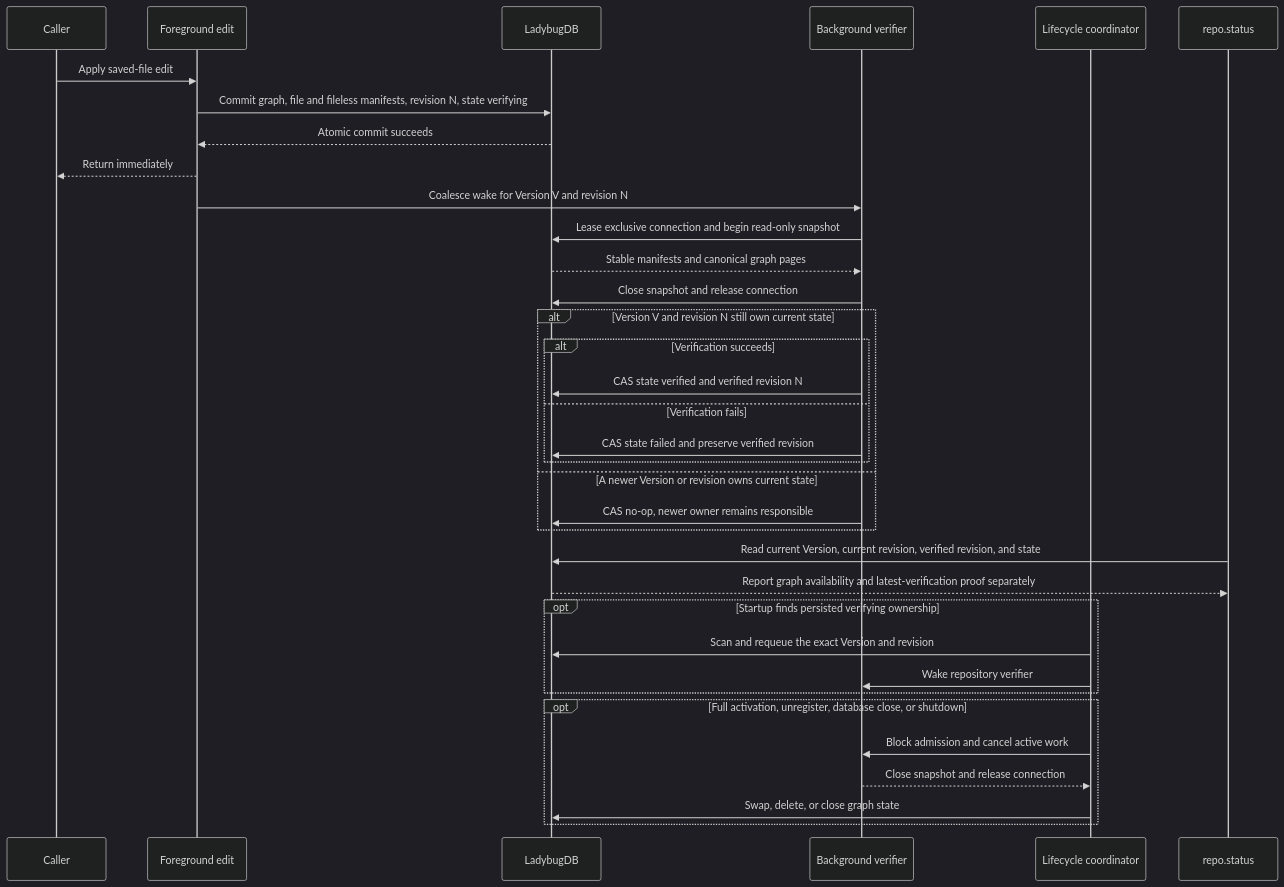
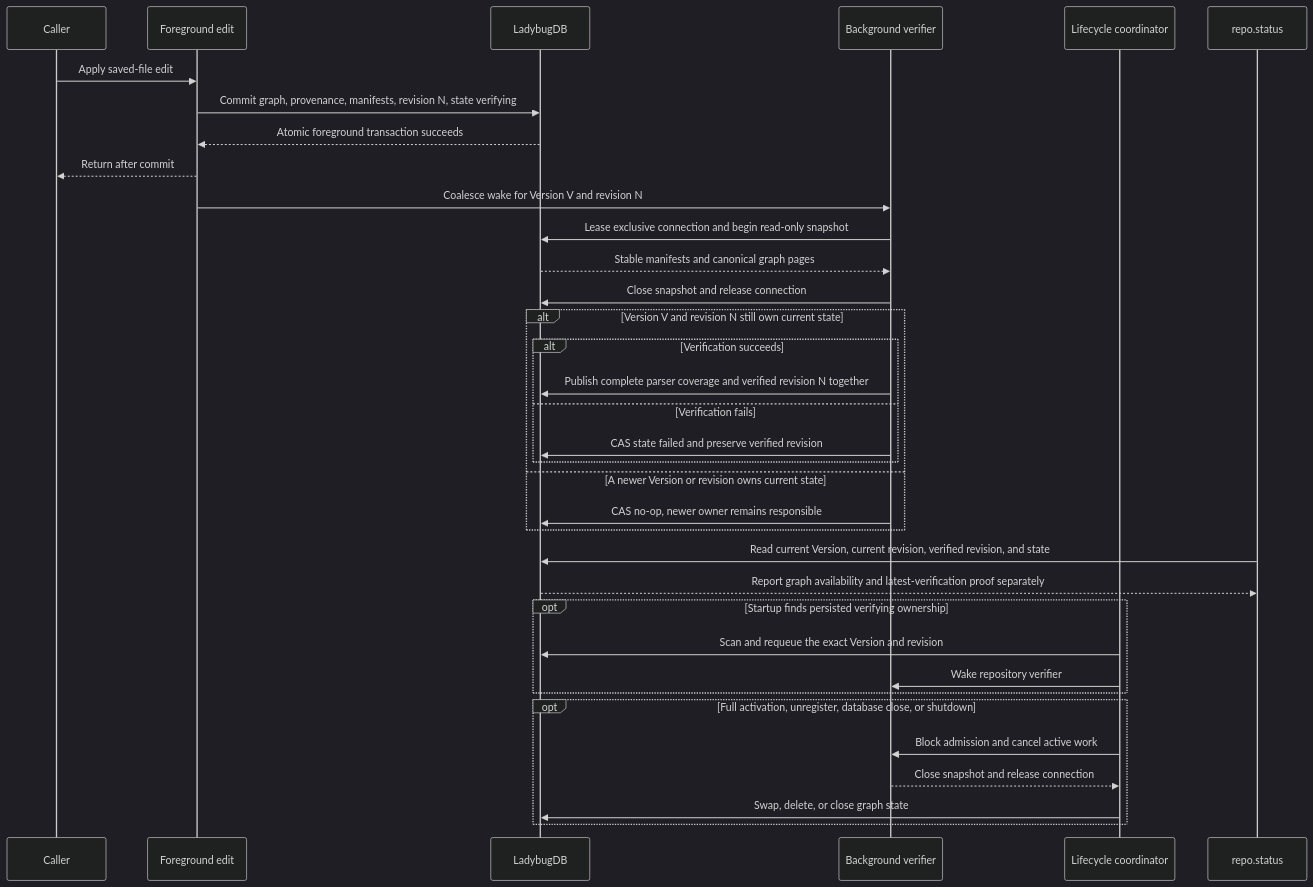
Before and after one commit to ClawfficeOrg/sdl-mcp: the sixth of 15 diagrams in docs/architecture.md, drawn with Mermaid (dark theme). The commit also changed other lines of this file and 9 other files, not shown here.

````diff
--- a/docs/architecture.md
+++ b/docs/architecture.md
@@ -366,40 +375,40 @@
 ```mermaid
 sequenceDiagram
     accTitle: Saved-file graph integrity verification lifecycle
-    accDescr: A foreground edit commits graph and manifest ownership atomically and returns. A background verifier checks one exclusive snapshot, publishes only for the exact Version and revision, recovers pending work at startup, reports current and verified state, and closes its snapshot before destructive lifecycle work.
+    accDescr: A foreground edit atomically commits graph, parser provenance, manifests, and one owned revision. A separate background transaction publishes parser coverage and graph verification together only for that Version and revision. A background verifier checks one exclusive snapshot, publishes parser coverage and graph verification together only for the exact Version and revision, recovers pending work at startup, reports current and verified state, and closes its snapshot before destructive lifecycle work.
     participant C as Caller
     participant F as Foreground edit
     participant D as LadybugDB
     participant V as Background verifier
     participant L as Lifecycle coordinator
     participant S as repo.status
 
     C->>F: Apply saved-file edit
-    F->>D: Commit graph, file and fileless manifests, revision N, state verifying
-    D-->>F: Atomic commit succeeds
-    F-->>C: Return immediately
+    F->>D: Commit graph, provenance, manifests, revision N, state verifying
+    D-->>F: Atomic foreground transaction succeeds
+    F-->>C: Return after commit
     F->>V: Coalesce wake for Version V and revision N
     V->>D: Lease exclusive connection and begin read-only snapshot
     D-->>V: Stable manifests and canonical graph pages
     V->>D: Close snapshot and release connection
     alt Version V and revision N still own current state
         alt Verification succeeds
-            V->>D: CAS state verified and verified revision N
+            V->>D: Publish complete parser coverage and verified revision N together
         else Verification fails
             V->>D: CAS state failed and preserve verified revision
         end
     else A newer Version or revision owns current state
         V->>D: CAS no-op, newer owner remains responsible
     end
     S->>D: Read current Version, current revision, verified revision, and state
     D-->>S: Report graph availability and latest-verification proof separately
     opt Startup finds persisted verifying ownership
         L->>D: Scan and requeue the exact Version and revision
         L->>V: Wake repository verifier
     end
     opt Full activation, unregister, database close, or shutdown
         L->>V: Block admission and cancel active work
         V-->>L: Close snapshot and release connection
         L->>D: Swap, delete, or close graph state
     end
 ```
````
